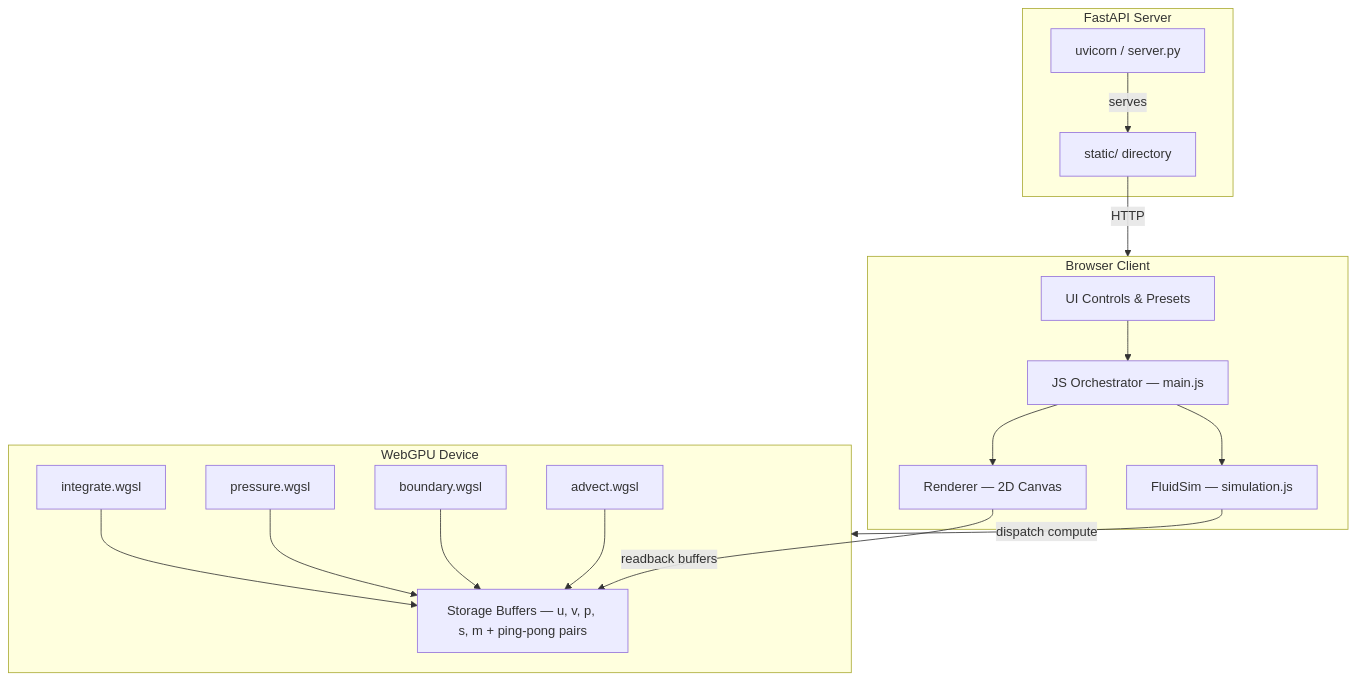
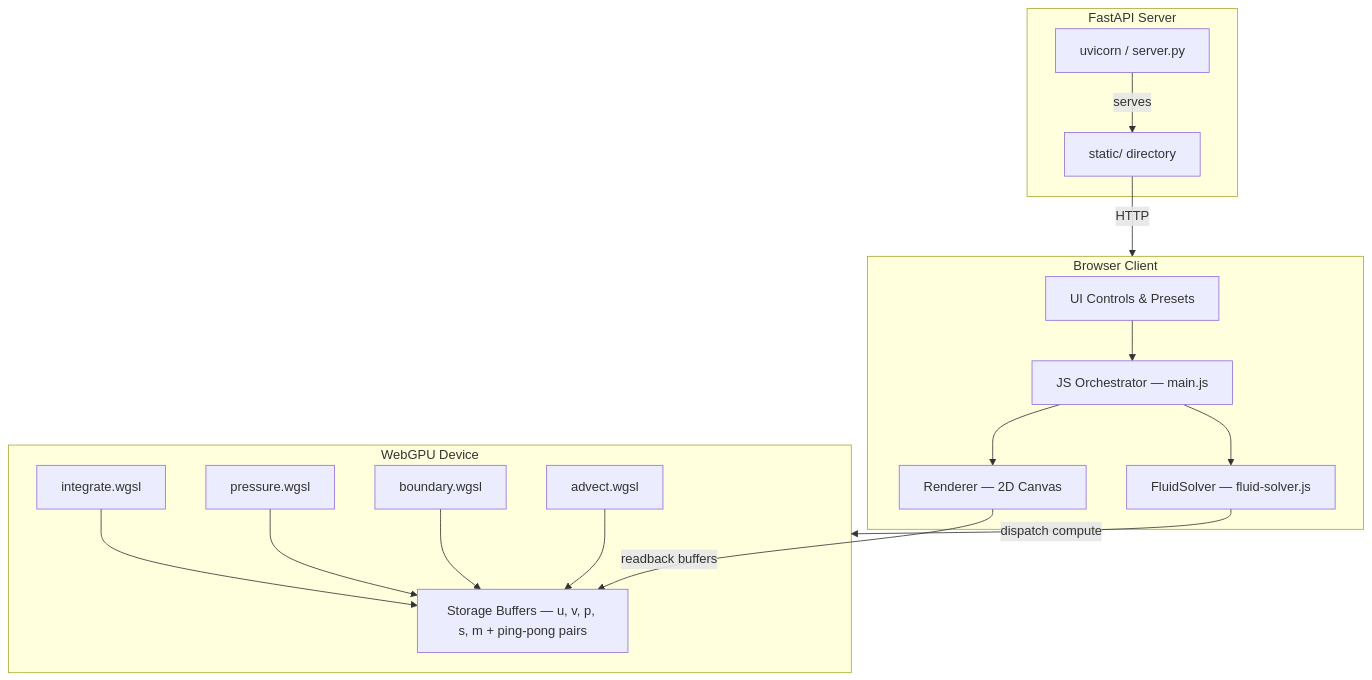
One commit to palsagar/webgpu-fluid-solver changed the diagram in docs/README.md. Above: the diagram before and after it, drawn with Mermaid. The commit also changed 3 other files, not shown here.

````diff
--- a/docs/README.md
+++ b/docs/README.md
@@ -7,34 +7,34 @@
 ```mermaid
 graph TD
     subgraph Server["FastAPI Server"]
         S1[uvicorn / server.py]
         S2[static/ directory]
         S1 -->|serves| S2
     end
 
     subgraph Browser["Browser Client"]
         UI[UI Controls & Presets]
         Orch[JS Orchestrator — main.js]
-        Sim[FluidSim — simulation.js]
+        Sim[FluidSolver — fluid-solver.js]
         Ren[Renderer — 2D Canvas]
         UI --> Orch
         Orch --> Sim
         Orch --> Ren
     end
 
     subgraph GPU["WebGPU Device"]
         B[Storage Buffers — u, v, p, s, m + ping-pong pairs]
         C1[integrate.wgsl]
         C2[pressure.wgsl]
         C3[boundary.wgsl]
         C4[advect.wgsl]
         C1 --> B
         C2 --> B
         C3 --> B
         C4 --> B
     end
 
     S2 -->|HTTP| Browser
     Sim -->|dispatch compute| GPU
     Ren -->|readback buffers| B
 ```
````
